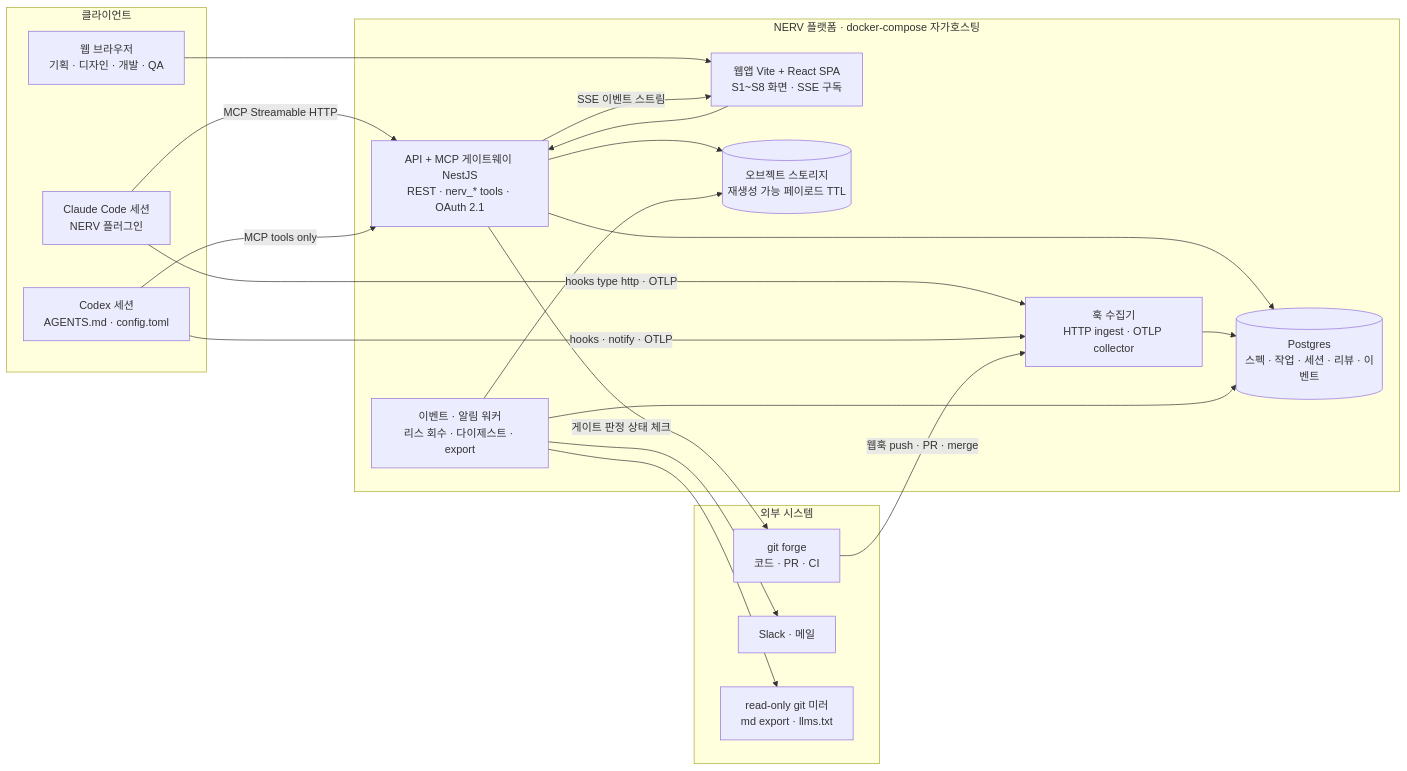
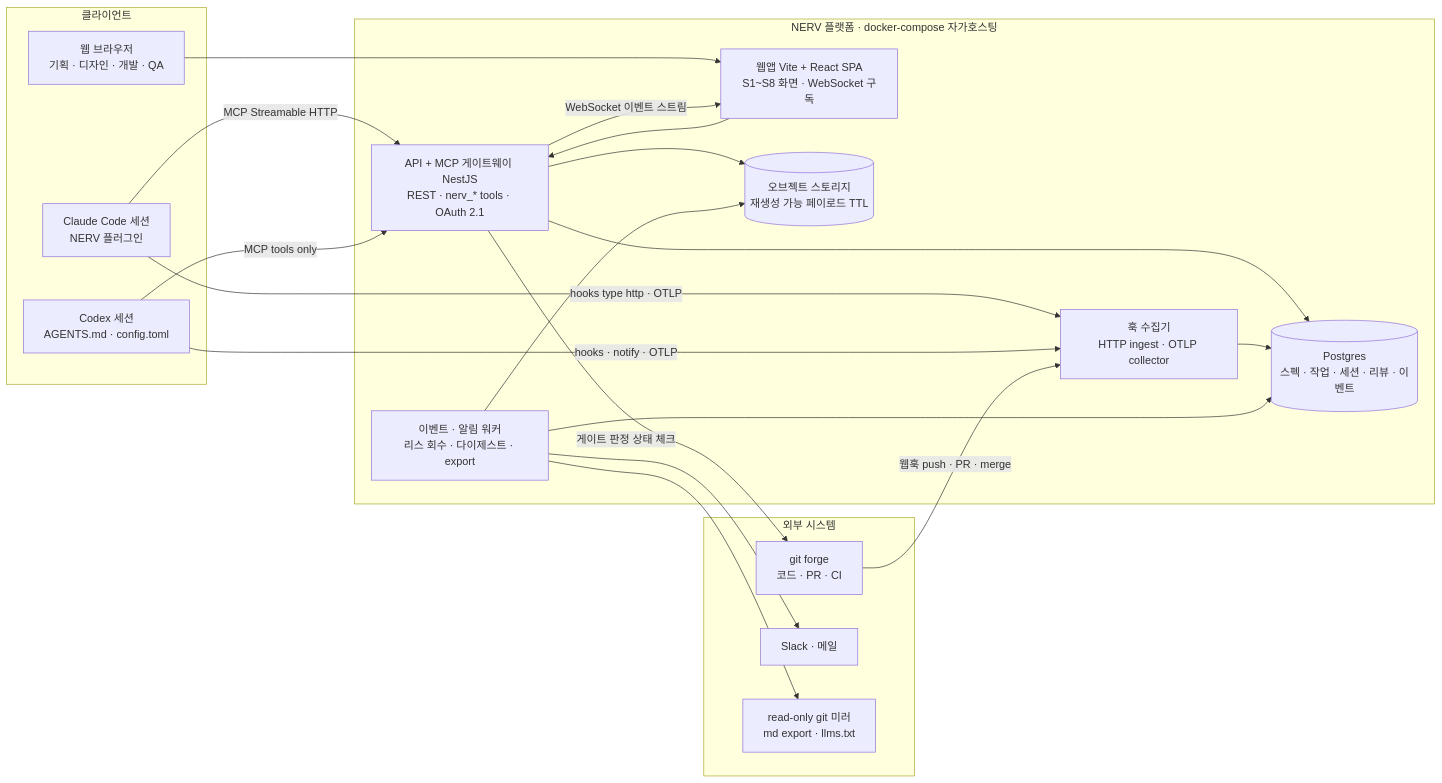
Before and after one commit to worker-ants/nerv: the first of 6 diagrams in docs/03-proposal/architecture.md, drawn with Mermaid. The commit also changed other lines of this file and 38 other files, not shown here.

First line of the commit message:
docs: MVP 구체화 4부 신설 (md+html 8편) + 실시간 채널 WebSocket 확정

````diff
--- a/docs/03-proposal/architecture.md
+++ b/docs/03-proposal/architecture.md
@@ -24,40 +24,40 @@
 ```mermaid
 flowchart LR
   subgraph CL["클라이언트"]
     CC["Claude Code 세션<br/>NERV 플러그인"]
     CX["Codex 세션<br/>AGENTS.md · config.toml"]
     BR["웹 브라우저<br/>기획 · 디자인 · 개발 · QA"]
   end
 
   subgraph NV["NERV 플랫폼 · docker-compose 자가호스팅"]
-    WEB["웹앱 Vite + React SPA<br/>S1~S8 화면 · SSE 구독"]
+    WEB["웹앱 Vite + React SPA<br/>S1~S8 화면 · WebSocket 구독"]
     API["API + MCP 게이트웨이 NestJS<br/>REST · nerv_* tools · OAuth 2.1"]
     ING["훅 수집기<br/>HTTP ingest · OTLP collector"]
     WRK["이벤트 · 알림 워커<br/>리스 회수 · 다이제스트 · export"]
     PG[("Postgres<br/>스펙 · 작업 · 세션 · 리뷰 · 이벤트")]
     OBJ[("오브젝트 스토리지<br/>재생성 가능 페이로드 TTL")]
   end
 
   subgraph EX["외부 시스템"]
     FORGE["git forge<br/>코드 · PR · CI"]
     CHAN["Slack · 메일"]
     MIR["read-only git 미러<br/>md export · llms.txt"]
   end
 
   BR --> WEB
   WEB --> API
   CC -->|"MCP Streamable HTTP"| API
   CX -->|"MCP tools only"| API
   CC -->|"hooks type http · OTLP"| ING
   CX -->|"hooks · notify · OTLP"| ING
   FORGE -->|"웹훅 push · PR · merge"| ING
   API --> PG
   ING --> PG
   WRK --> PG
   API --> OBJ
   WRK --> OBJ
-  API -->|"SSE 이벤트 스트림"| WEB
+  API -->|"WebSocket 이벤트 스트림"| WEB
   API -->|"게이트 판정 상태 체크"| FORGE
   WRK --> CHAN
   WRK --> MIR
 ```
````
